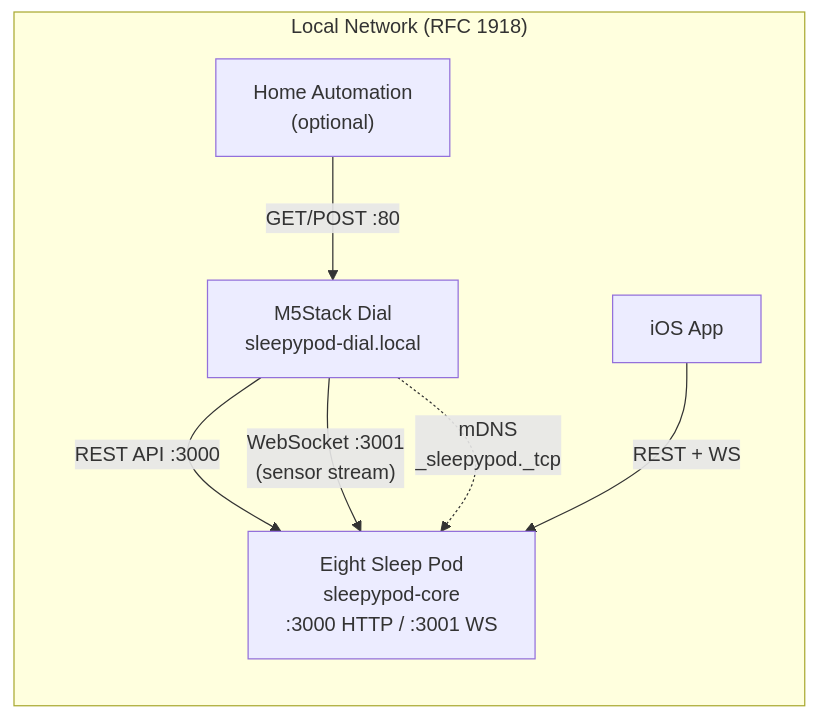
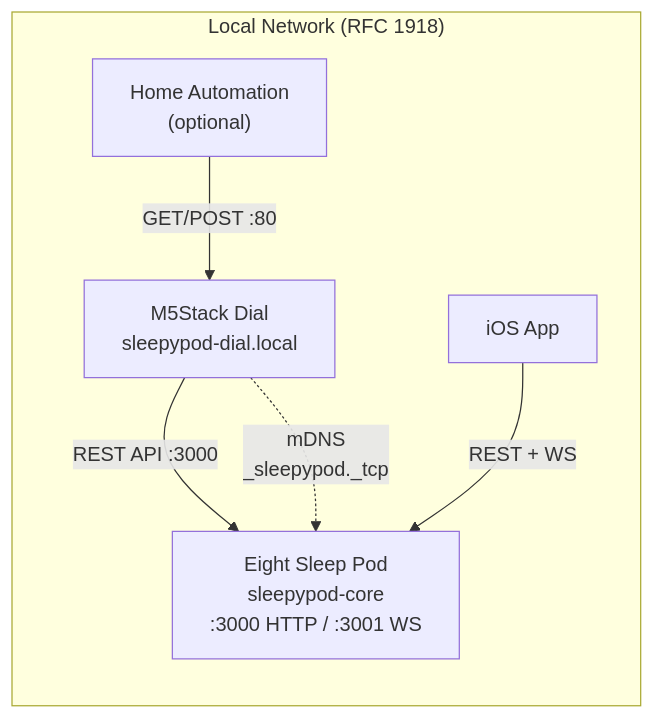
Before and after one commit to sleepypod/m5-rotary-dial: the first of 6 diagrams in docs/architecture.md, drawn with Mermaid. The commit also changed 4 other files, not shown here.

````diff
--- a/docs/architecture.md
+++ b/docs/architecture.md
@@ -11,16 +11,15 @@
 ```mermaid
 graph LR
     subgraph LAN["Local Network (RFC 1918)"]
         Dial["M5Stack Dial<br/>sleepypod-dial.local"]
         Pod["Eight Sleep Pod<br/>sleepypod-core<br/>:3000 HTTP / :3001 WS"]
         Phone["iOS App"]
         HA["Home Automation<br/>(optional)"]
     end
 
     Dial -- "REST API :3000" --> Pod
-    Dial -- "WebSocket :3001<br/>(sensor stream)" --> Pod
     Phone -- "REST + WS" --> Pod
     HA -- "GET/POST :80" --> Dial
 
     Dial -. "mDNS<br/>_sleepypod._tcp" .-> Pod
 ```
````
